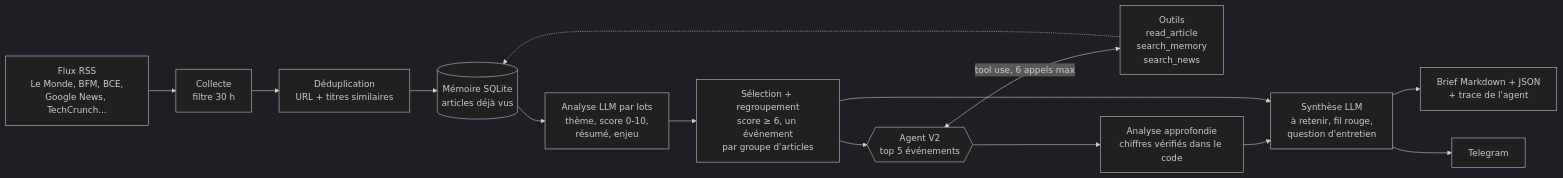
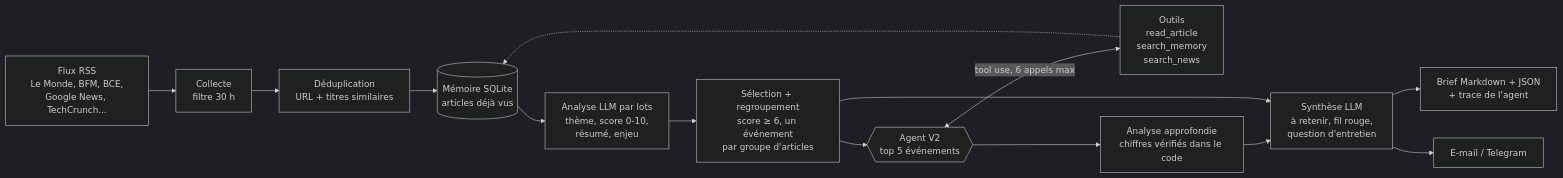
The diagram in README.md (Alexjudoue/Veille-ia), drawn with Mermaid (dark theme) before and after one commit. The commit also changed other lines of this file and 5 other files, not shown here.

````diff
--- a/README.md
+++ b/README.md
@@ -11,16 +11,16 @@
 ```mermaid
 flowchart LR
     A[Flux RSS<br/>Le Monde, BFM, BCE,<br/>Google News, TechCrunch...] --> B[Collecte<br/>filtre 30 h]
     B --> C[Déduplication<br/>URL + titres similaires]
     C --> D[(Mémoire SQLite<br/>articles déjà vus)]
     D --> E[Analyse LLM par lots<br/>thème, score 0-10,<br/>résumé, enjeu]
     E --> F[Sélection + regroupement<br/>score ≥ 6, un événement<br/>par groupe d'articles]
     F --> J{{Agent V2<br/>top 5 événements}}
     J <-->|tool use, 6 appels max| K[Outils<br/>read_article<br/>search_memory<br/>search_news]
     K -.-> D
     J --> L[Analyse approfondie<br/>chiffres vérifiés dans le code]
     L --> G[Synthèse LLM<br/>à retenir, fil rouge,<br/>question d'entretien]
     F --> G
     G --> H[Brief Markdown + JSON<br/>+ trace de l'agent]
-    G --> I[Telegram]
+    G --> I[E-mail / Telegram]
 ```
````
